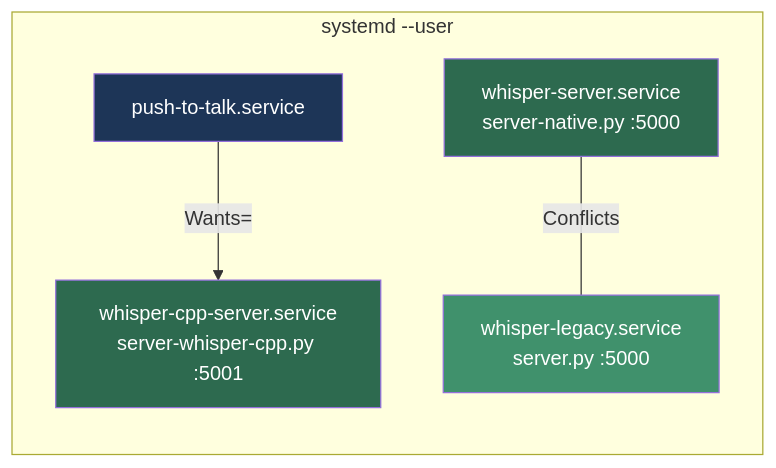
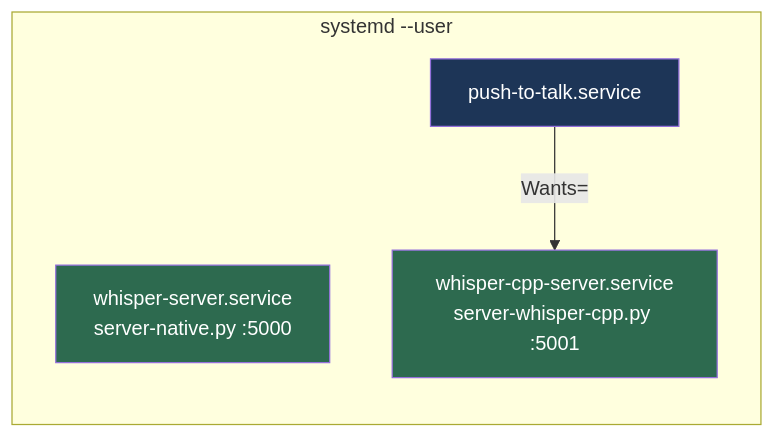
Before and after one commit to dmzoneill/whisper-npu-wayland: the fifth of 5 diagrams in README.md, drawn with Mermaid. The commit also changed other lines of this file and 2 other files, not shown here.

First line of the commit message:
Remove legacy server and update requirements

````diff
--- a/README.md
+++ b/README.md
@@ -253,17 +245,14 @@
 ```mermaid
 graph LR
     subgraph "systemd --user"
         WS[whisper-server.service<br/>server-native.py :5000]
-        WL[whisper-legacy.service<br/>server.py :5000]
         WC[whisper-cpp-server.service<br/>server-whisper-cpp.py :5001]
         PT[push-to-talk.service]
     end
 
     PT -->|Wants=| WC
-    WS ---|Conflicts| WL
 
     style WS fill:#2d6a4f,color:#fff
     style WC fill:#2d6a4f,color:#fff
-    style WL fill:#40916c,color:#fff
     style PT fill:#1d3557,color:#fff
 ```
````
